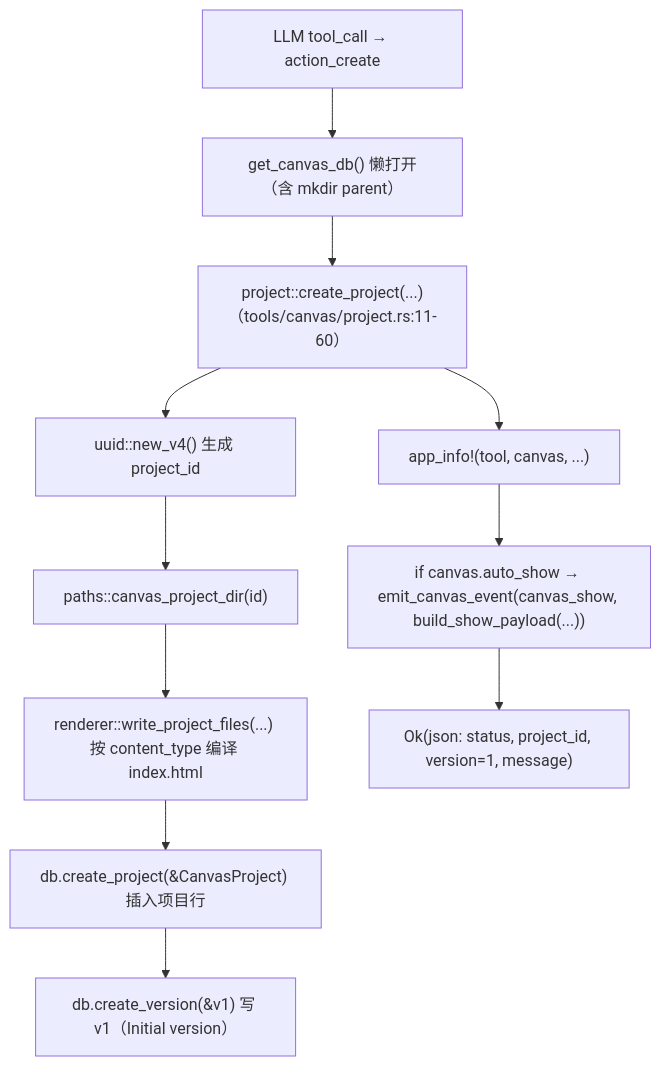
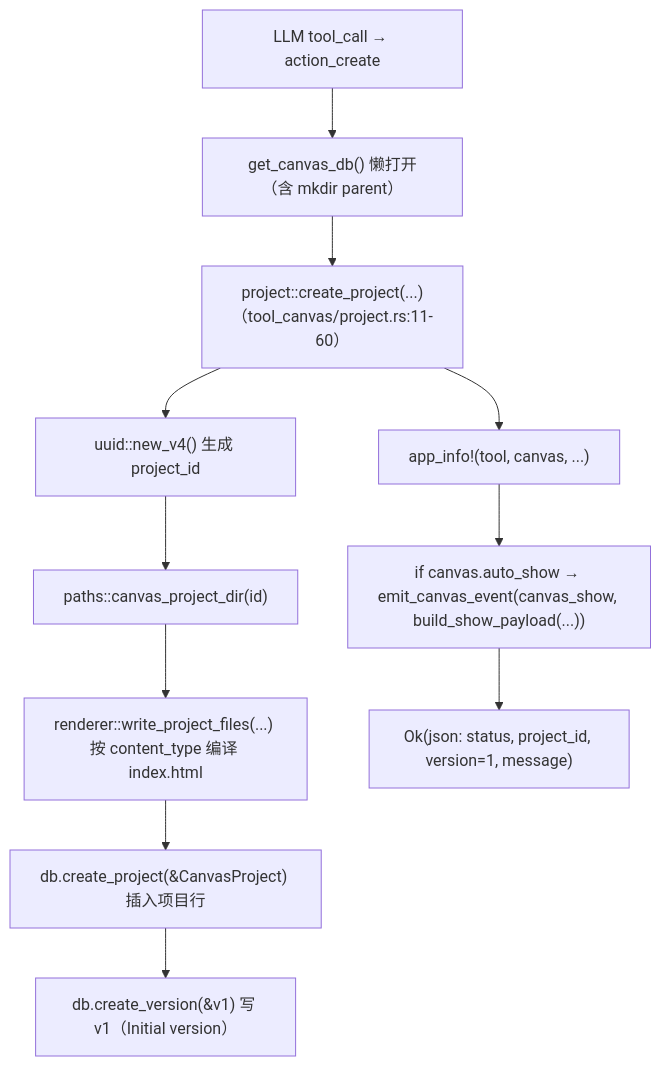
Before and after one commit to shiwenwen/hope-agent: the second of 4 diagrams in docs/architecture/canvas.md, drawn with Mermaid. The commit also changed other lines of this file and 103 other files, not shown here.

````diff
--- a/docs/architecture/canvas.md
+++ b/docs/architecture/canvas.md
@@ -178,17 +178,17 @@
 ```mermaid
 flowchart TD
     TC["LLM tool_call → action_create"]
     DB["get_canvas_db() 懒打开（含 mkdir parent）"]
-    CP["project::create_project(...)（tools/canvas/project.rs:11-60）"]
+    CP["project::create_project(...)（tool_canvas/project.rs:11-60）"]
     CP1["uuid::new_v4() 生成 project_id"]
     CP2["paths::canvas_project_dir(id)"]
     CP3["renderer::write_project_files(...) 按 content_type 编译 index.html"]
     CP4["db.create_project(&CanvasProject) 插入项目行"]
     CP5["db.create_version(&v1) 写 v1（Initial version）"]
     LOG["app_info!(tool, canvas, ...)"]
     SHOW["if canvas.auto_show → emit_canvas_event(canvas_show, build_show_payload(...))"]
     OK["Ok(json: status, project_id, version=1, message)"]
 
     TC --> DB --> CP --> LOG --> SHOW --> OK
     CP --> CP1 --> CP2 --> CP3 --> CP4 --> CP5
 ```
````
